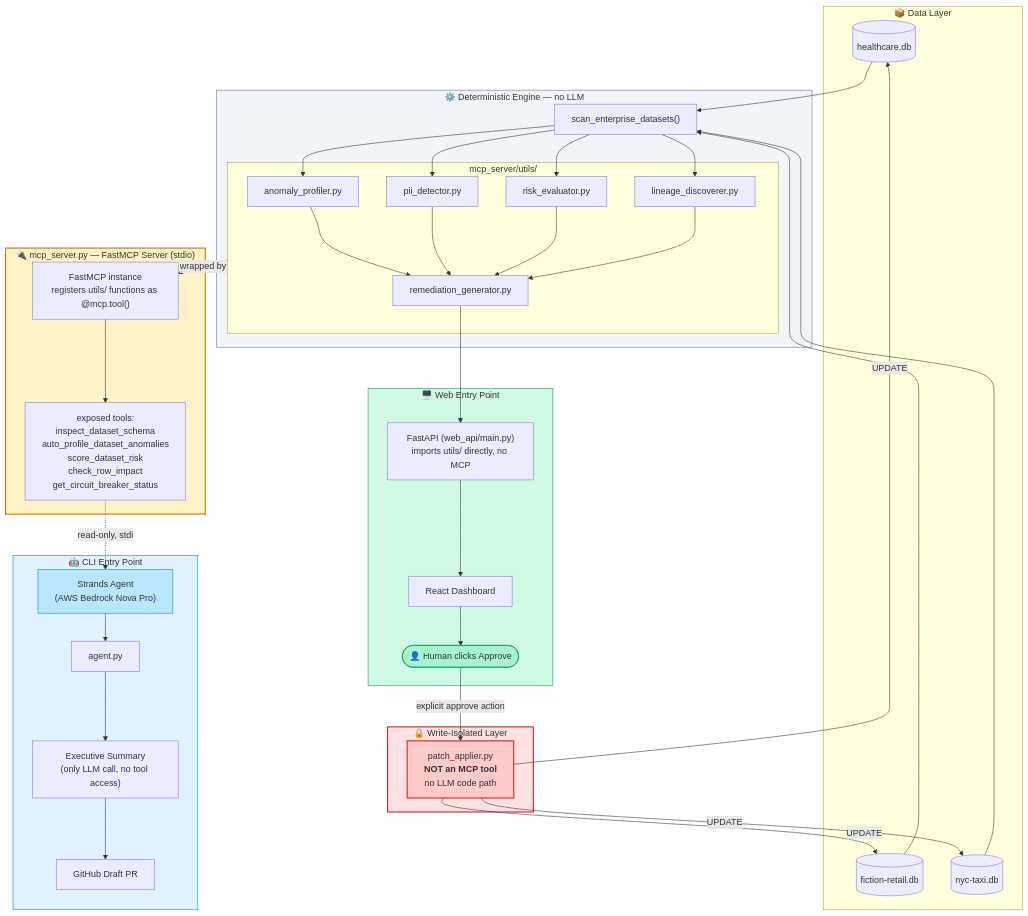
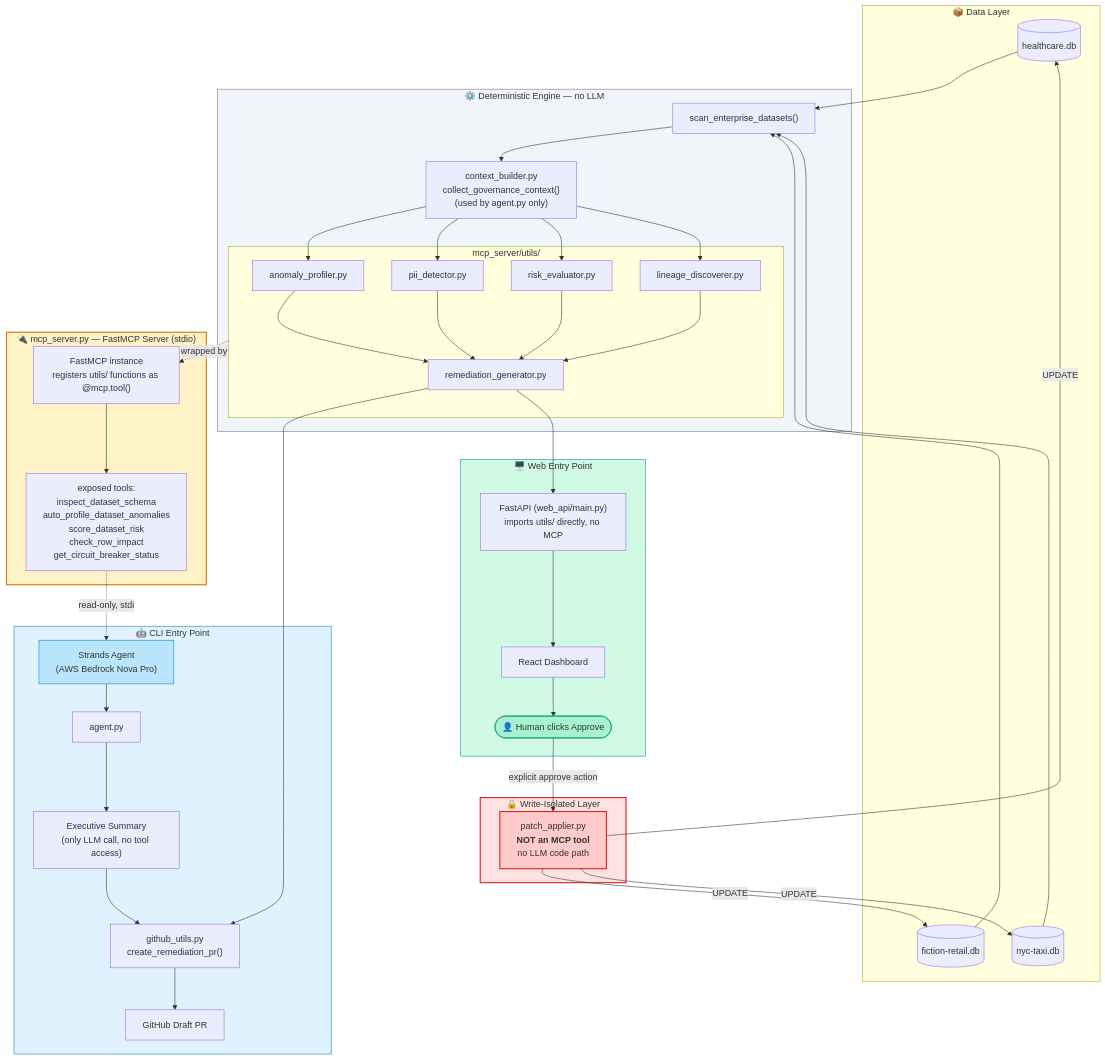
Before and after one commit to evaaliya/albugent_v2.0: the diagram in README.md, drawn with Mermaid. The commit also changed other lines of this file, not shown here.

Commit message:
mermaid update

```diff
--- a/README.md
+++ b/README.md
@@ -118,6 +78,7 @@
 
     subgraph ENGINE["⚙️ Deterministic Engine — no LLM"]
         REG["scan_enterprise_datasets()"]
+        CTXB["context_builder.py<br/>collect_governance_context()<br/>(used by agent.py only)"]
         subgraph UTILS["mcp_server/utils/"]
             PROF["anomaly_profiler.py"]
             PII["pii_detector.py"]
@@ -140,6 +101,7 @@
         AGENTPY["agent.py"]
         STRANDS["Strands Agent<br/>(AWS Bedrock Nova Pro)"]
         SUMMARY["Executive Summary<br/>(only LLM call, no tool access)"]
+        GHUTILS["github_utils.py<br/>create_remediation_pr()"]
         PR["GitHub Draft PR"]
     end
 
@@ -152,10 +114,11 @@
     DB1 --> REG
     DB2 --> REG
     DB3 --> REG
-    REG --> PROF
-    REG --> PII
-    REG --> RISK
-    REG --> LIN
+    REG --> CTXB
+    CTXB --> PROF
+    CTXB --> PII
+    CTXB --> RISK
+    CTXB --> LIN
     PROF --> GEN
     PII --> GEN
     RISK --> GEN
@@ -167,7 +130,9 @@
     TOOLS -.read-only, stdio.-> STRANDS
     STRANDS --> AGENTPY
     AGENTPY --> SUMMARY
-    SUMMARY --> PR
+    GEN --> GHUTILS
+    SUMMARY --> GHUTILS
+    GHUTILS --> PR
 
     GEN --> FASTAPI
     FASTAPI --> REACT
```
